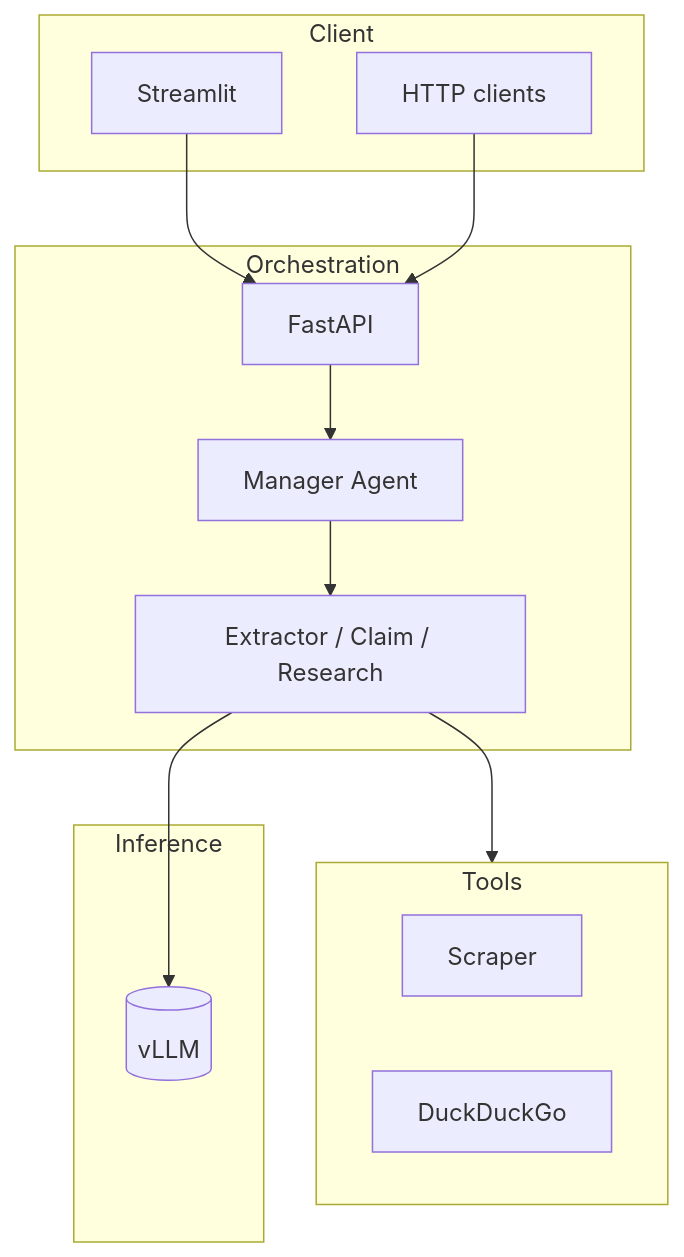
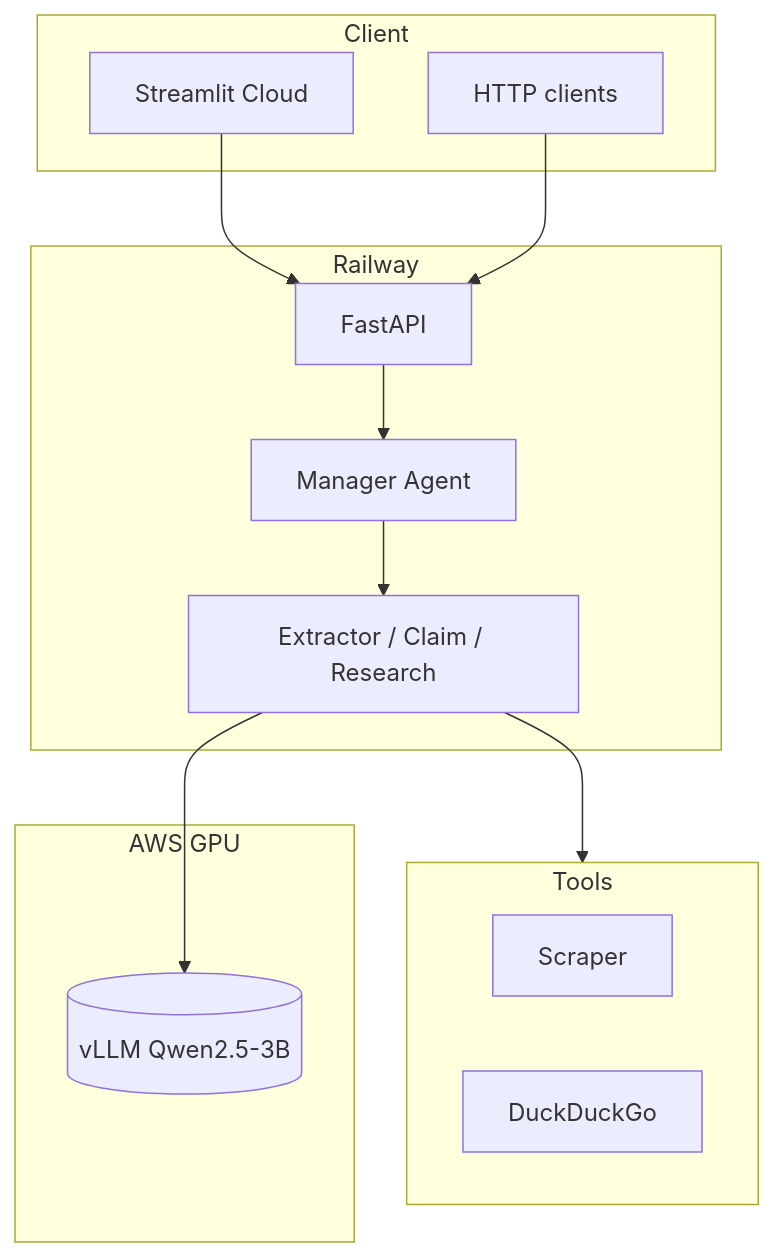
The diagram in README.md (itsvaidahipatel/automated-fact-checking-pipeline), drawn with Mermaid before and after one commit. The commit also changed other lines of this file and 11 other files, not shown here.

First line of the commit message:
feat: portfolio showcase deploy guide and Railway/Streamlit setup.

````diff
--- a/README.md
+++ b/README.md
@@ -58,28 +47,28 @@
 ```mermaid
 flowchart TB
     subgraph Client["Client"]
-        UI[Streamlit]
-        API_Client[HTTP clients]
+        UI[Streamlit Cloud]
+        Curl[HTTP clients]
     end
 
-    subgraph Orchestration["Orchestration"]
+    subgraph Orchestration["Railway"]
         API[FastAPI]
         Mgr[Manager Agent]
         Sub[Extractor / Claim / Research]
     end
 
     subgraph Tools["Tools"]
         Scrape[Scraper]
         Search[DuckDuckGo]
     end
 
-    subgraph Inference["Inference"]
-        VLLM[(vLLM)]
+    subgraph Inference["AWS GPU"]
+        VLLM[(vLLM Qwen2.5-3B)]
     end
 
     UI --> API
-    API_Client --> API
+    Curl --> API
     API --> Mgr --> Sub
     Sub --> Tools
     Sub --> VLLM
 ```
````
